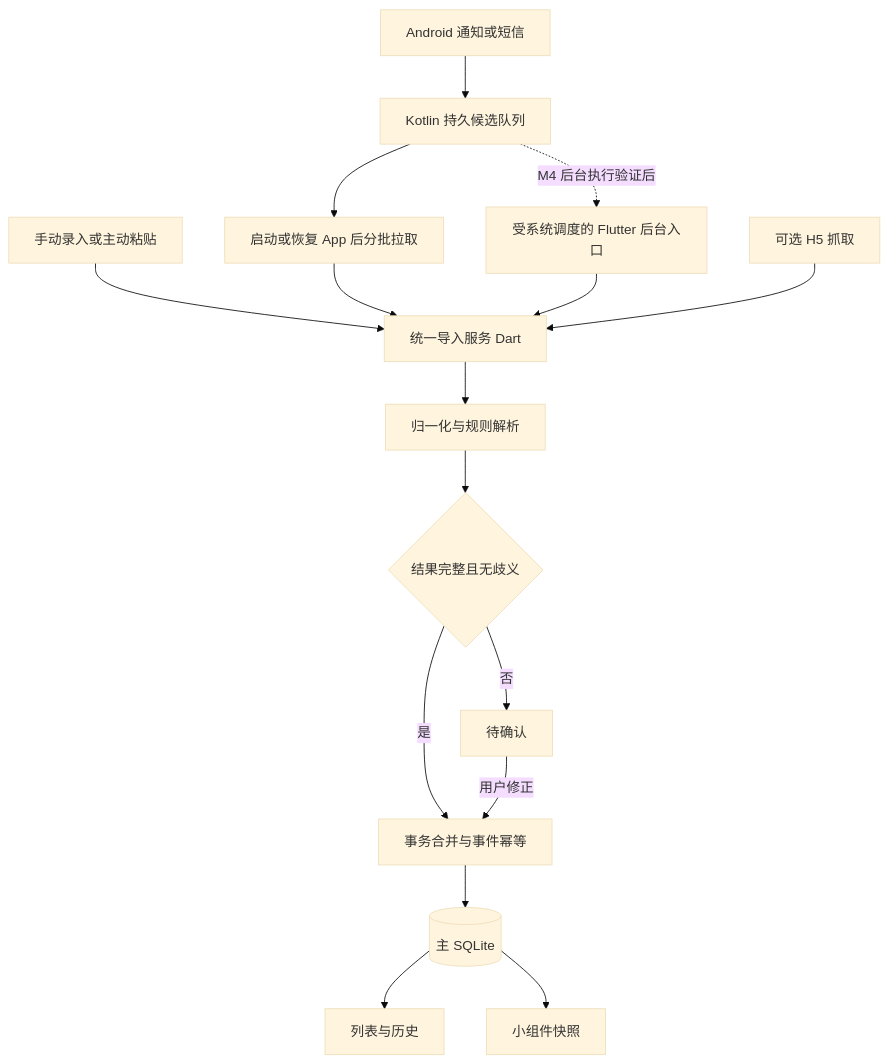
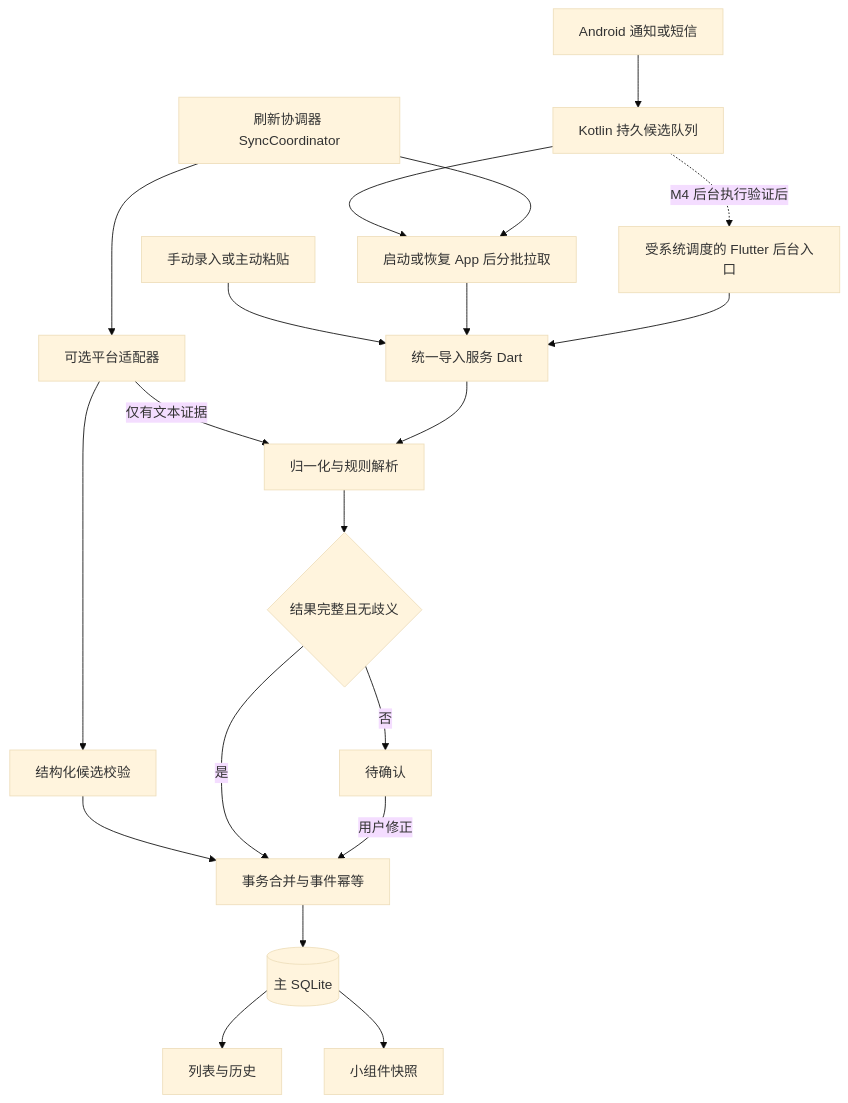
Before and after one commit to pretextQ/express-pick: the diagram in docs/取件助手设计文档.md, drawn with Mermaid (base theme). The commit also changed other lines of this file and 2 other files, not shown here.

````diff
--- a/docs/取件助手设计文档.md
+++ b/docs/取件助手设计文档.md
@@ -47,18 +83,22 @@
 ```mermaid
 flowchart TD
     A[手动录入或主动粘贴] --> D[统一导入服务 Dart]
     B[Android 通知或短信] --> C[Kotlin 持久候选队列]
     C --> E[启动或恢复 App 后分批拉取]
     E --> D
     C -. M4 后台执行验证后 .-> F[受系统调度的 Flutter 后台入口]
     F --> D
-    H[可选 H5 抓取] --> D
+    H[可选平台适配器] --> N[结构化候选校验]
+    N --> R
+    H -->|仅有文本证据| P
+    V[刷新协调器 SyncCoordinator] --> E
+    V --> H
     D --> P[归一化与规则解析]
     P --> Q{结果完整且无歧义}
     Q -->|是| R[事务合并与事件幂等]
     Q -->|否| S[待确认]
     S -->|用户修正| R
     R --> DB[(主 SQLite)]
     DB --> U[列表与历史]
     DB --> W[小组件快照]
 ```
````
